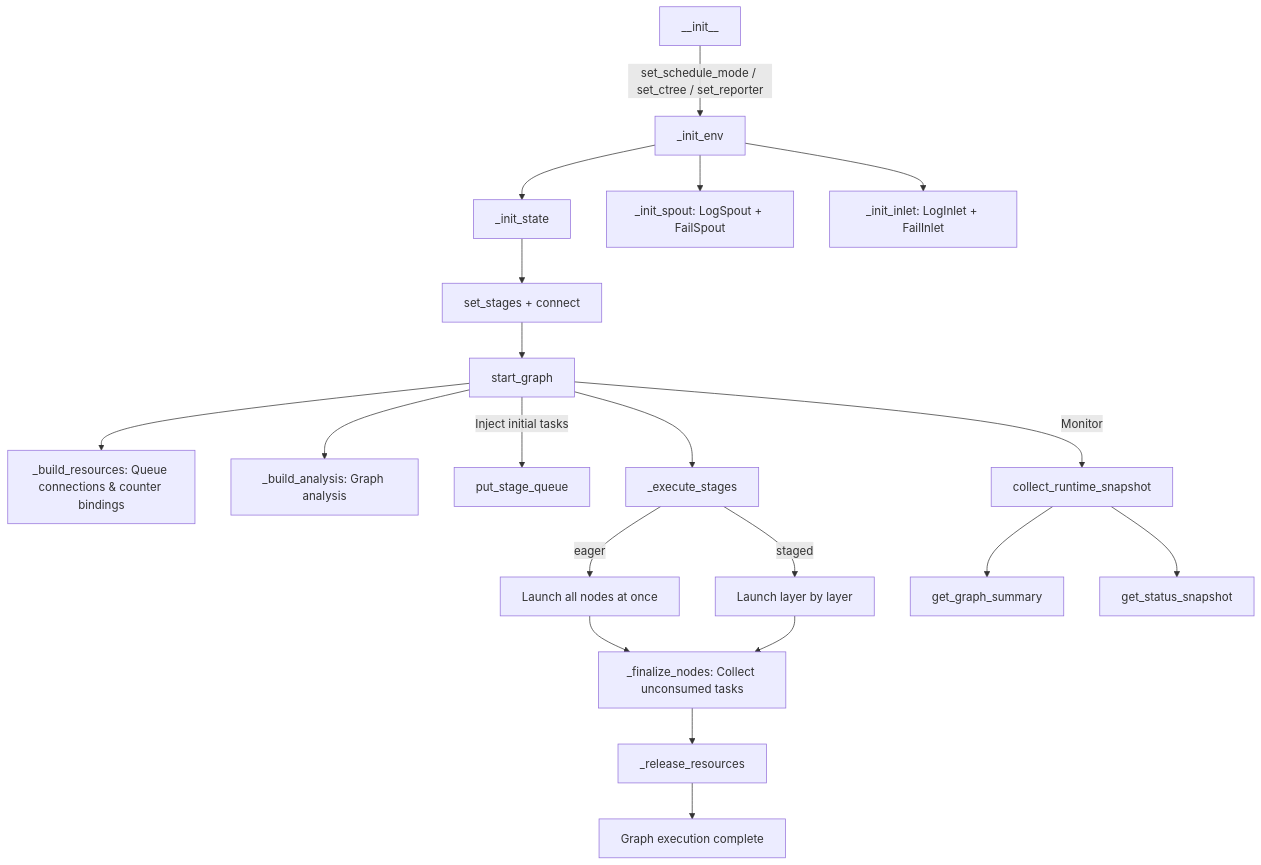
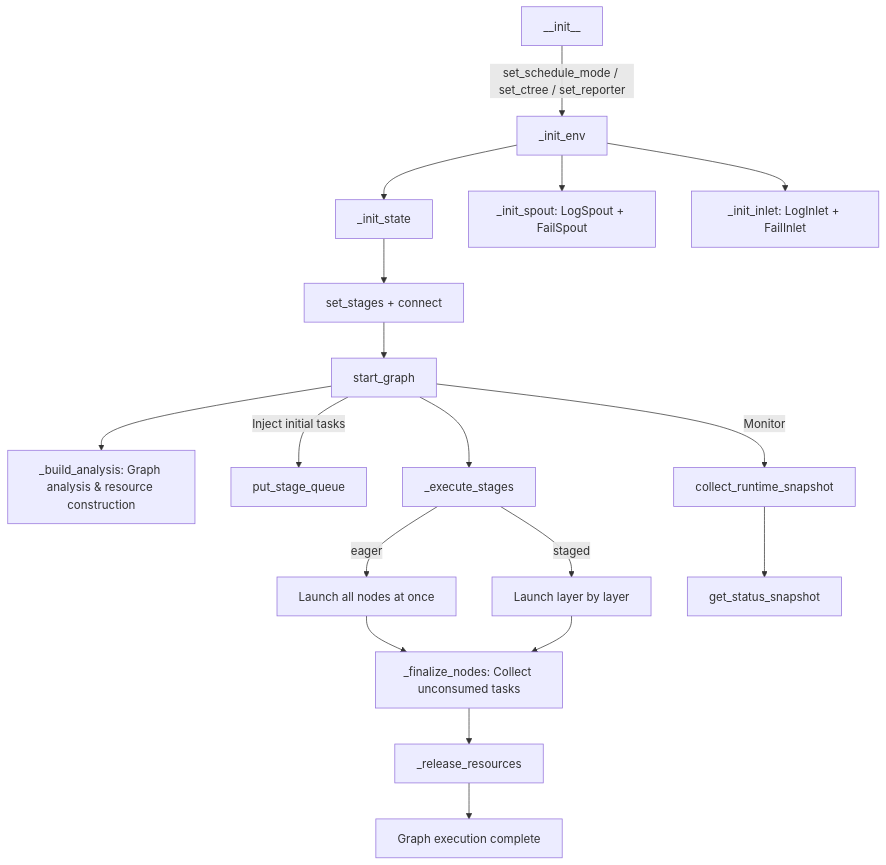
Before and after one commit to Mr-xiaotian/CelestialFlow: the diagram in docs/en/src/graph/core_graph.md, drawn with Mermaid. The commit also changed other lines of this file and 168 other files, not shown here.

````diff
--- a/docs/en/src/graph/core_graph.md
+++ b/docs/en/src/graph/core_graph.md
@@ -210,23 +217,21 @@
 ```mermaid
 flowchart TD
     INIT[__init__] -->|set_schedule_mode / set_ctree / set_reporter| ENV[_init_env]
     ENV --> STATE[_init_state]
     ENV --> SPOUT[_init_spout: LogSpout + FailSpout]
     ENV --> INLET[_init_inlet: LogInlet + FailInlet]
     STATE --> BUILD[set_stages + connect]
     BUILD --> START[start_graph]
-    START --> RESOURCES[_build_resources: Queue connections & counter bindings]
-    START --> ANALYSIS[_build_analysis: Graph analysis]
+    START --> ANALYSIS[_build_analysis: Graph analysis & resource construction]
     START -->|Inject initial tasks| PUT[put_stage_queue]
     START --> EXEC[_execute_stages]
     EXEC -->|eager| ALL[Launch all nodes at once]
     EXEC -->|staged| LAYER[Launch layer by layer]
     ALL --> FINALIZE[_finalize_nodes: Collect unconsumed tasks]
     LAYER --> FINALIZE
     FINALIZE --> RELEASE[_release_resources]
     RELEASE --> END[Graph execution complete]
-
+    
     START -->|Monitor| SNAPSHOT[collect_runtime_snapshot]
-    SNAPSHOT --> SUMMARY[get_graph_summary]
     SNAPSHOT --> STATUS[get_status_snapshot]
 ```
````
